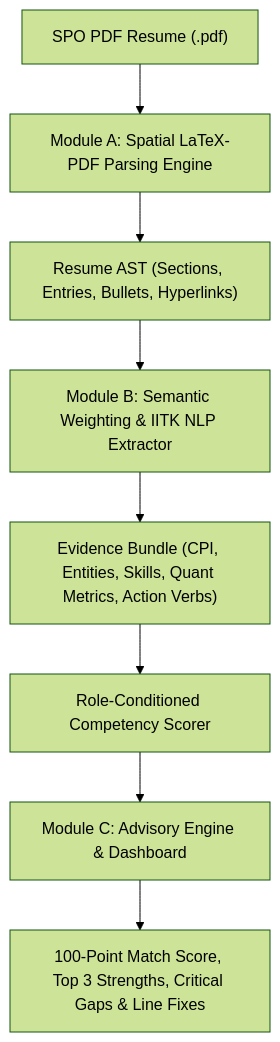
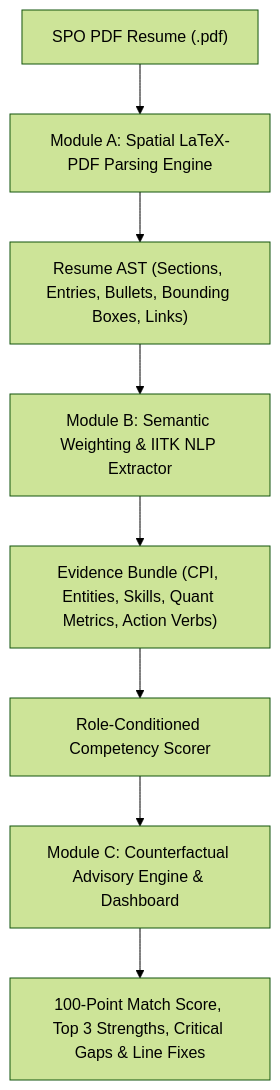
Before and after one commit to Bittu5134/IITK-Resume-Model: the diagram in README.md, drawn with Mermaid (forest theme). The commit also changed other lines of this file and 1 other file, not shown here.

Commit message:
docs(readme): restore comprehensive PS-compliant README with complete file paths and module specifications

````diff
--- a/README.md
+++ b/README.md
@@ -18,10 +73,10 @@
 ```mermaid
 graph TD
     A["SPO PDF Resume (.pdf)"] --> B["Module A: Spatial LaTeX-PDF Parsing Engine"]
-    B --> C["Resume AST (Sections, Entries, Bullets, Hyperlinks)"]
+    B --> C["Resume AST (Sections, Entries, Bullets, Bounding Boxes, Links)"]
     C --> D["Module B: Semantic Weighting & IITK NLP Extractor"]
     D --> E["Evidence Bundle (CPI, Entities, Skills, Quant Metrics, Action Verbs)"]
     E --> F["Role-Conditioned Competency Scorer"]
-    F --> G["Module C: Advisory Engine & Dashboard"]
+    F --> G["Module C: Counterfactual Advisory Engine & Dashboard"]
     G --> H["100-Point Match Score, Top 3 Strengths, Critical Gaps & Line Fixes"]
 ```
````
